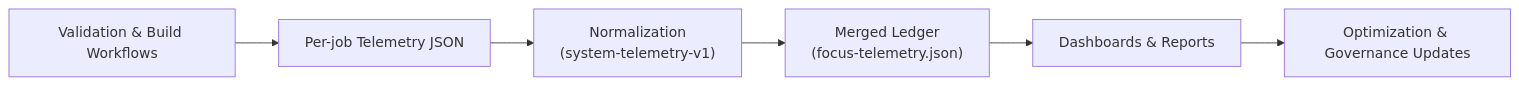
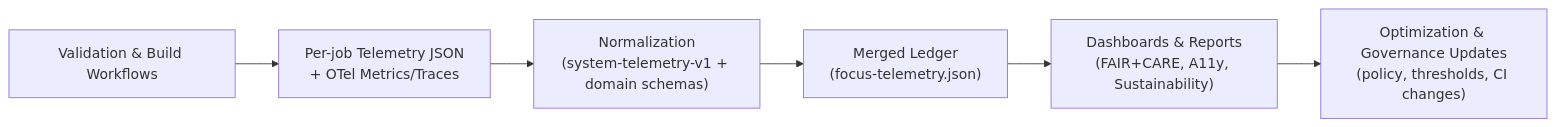
One commit to bartytime4life/Kansas-Frontier-Matrix changed the second of 2 diagrams in docs/telemetry/README.md. Above: the diagram before and after it, drawn with Mermaid. The commit also changed other lines of this file, not shown here.

```diff
--- a/docs/telemetry/README.md
+++ b/docs/telemetry/README.md
@@ -250,8 +287,8 @@
 ~~~mermaid
 flowchart LR
-  A["Validation & Build Workflows"] --> B["Per-job Telemetry JSON"]
-  B --> C["Normalization\n(system-telemetry-v1)"]
+  A["Validation & Build Workflows"] --> B["Per-job Telemetry JSON\n+ OTel Metrics/Traces"]
+  B --> C["Normalization\n(system-telemetry-v1 + domain schemas)"]
   C --> D["Merged Ledger\n(focus-telemetry.json)"]
-  D --> E["Dashboards & Reports"]
-  E --> F["Optimization & Governance Updates"]
+  D --> E["Dashboards & Reports\n(FAIR+CARE, A11y, Sustainability)"]
+  E --> F["Optimization & Governance Updates\n(policy, thresholds, CI changes)"]
 ~~~
```
